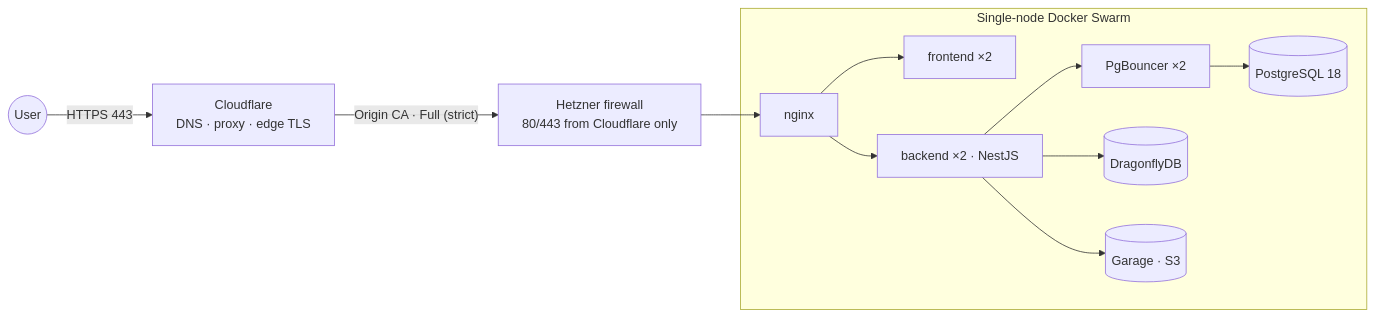
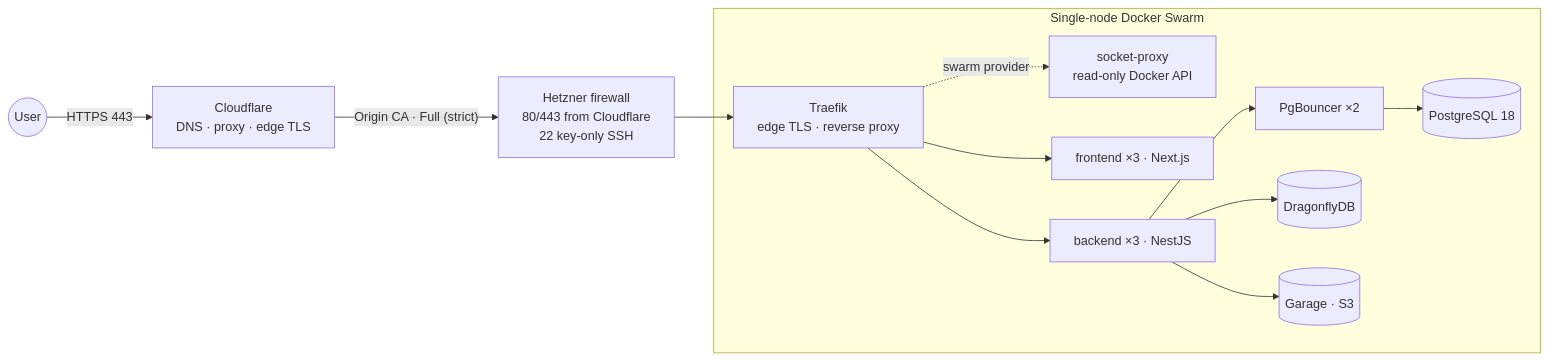
One commit to redjem-amir/dropicture changed the diagram in README.md. Above: the diagram before and after it, drawn with Mermaid. The commit also changed other lines of this file and 147 other files, not shown here.

````diff
--- a/README.md
+++ b/README.md
@@ -29,14 +31,16 @@
 ```mermaid
 flowchart LR
     U((User)) -- "HTTPS 443" --> CF["Cloudflare<br/>DNS · proxy · edge TLS"]
-    CF -- "Origin CA · Full (strict)" --> FW["Hetzner firewall<br/>80/443 from Cloudflare only"]
+    CF -- "Origin CA · Full (strict)" --> FW["Hetzner firewall<br/>80/443 from Cloudflare<br/>22 key-only SSH"]
     subgraph SRV["Single-node Docker Swarm"]
-        N[nginx]
-        N --> FE["frontend ×2"]
-        N --> BE["backend ×2 · NestJS"]
+        T["Traefik<br/>edge TLS · reverse proxy"]
+        SP["socket-proxy<br/>read-only Docker API"]
+        T -. "swarm provider" .-> SP
+        T --> FE["frontend ×3 · Next.js"]
+        T --> BE["backend ×3 · NestJS"]
         BE --> PB["PgBouncer ×2"] --> PG[("PostgreSQL 18")]
         BE --> DF[("DragonflyDB")]
         BE --> GA[("Garage · S3")]
     end
-    FW --> N
+    FW --> T
 ```
````
